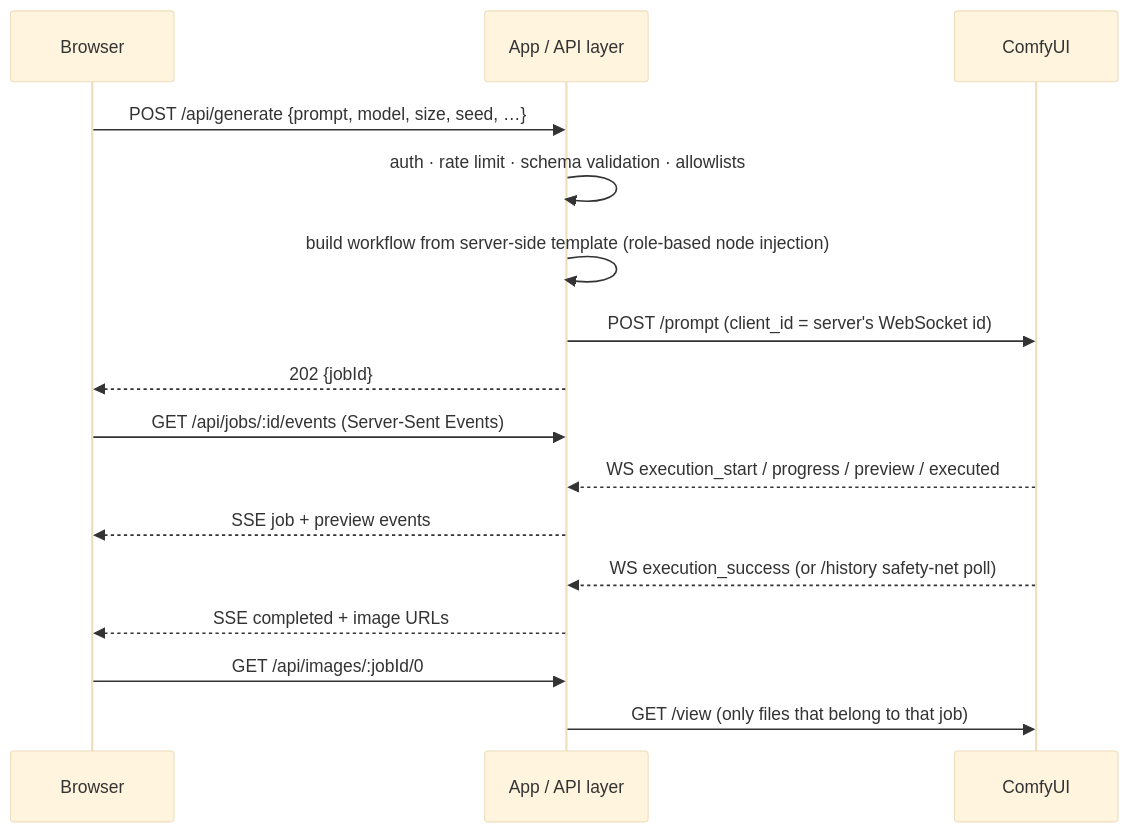
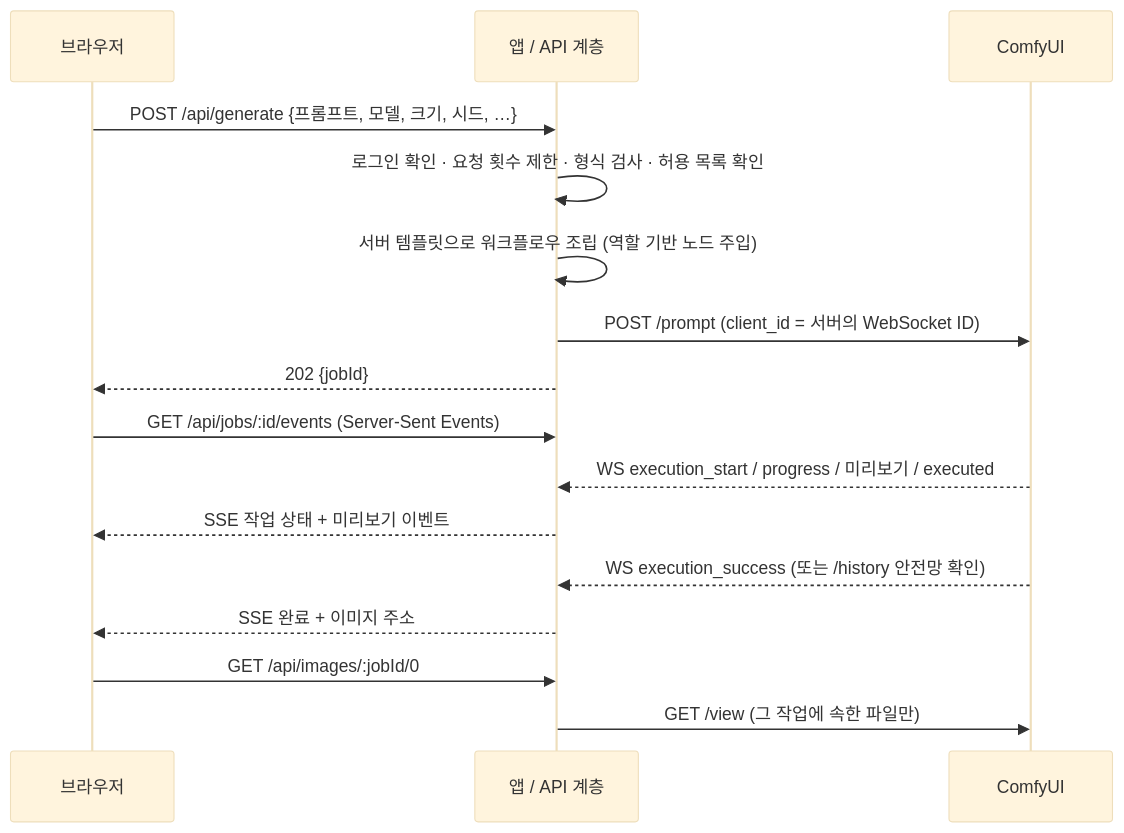
One commit to Bong0524/comfyui-mobile-studio changed the second of 2 diagrams in README.md. Above: the diagram before and after it, drawn with Mermaid (base theme). The commit also changed other lines of this file and 4 other files, not shown here.

````diff
--- a/README.md
+++ b/README.md
@@ -40,18 +42,18 @@
 ```mermaid
 sequenceDiagram
-    participant B as Browser
-    participant A as App / API layer
+    participant B as 브라우저
+    participant A as 앱 / API 계층
     participant C as ComfyUI
-    B->>A: POST /api/generate {prompt, model, size, seed, …}
-    A->>A: auth · rate limit · schema validation · allowlists
-    A->>A: build workflow from server-side template (role-based node injection)
-    A->>C: POST /prompt (client_id = server's WebSocket id)
+    B->>A: POST /api/generate {프롬프트, 모델, 크기, 시드, …}
+    A->>A: 로그인 확인 · 요청 횟수 제한 · 형식 검사 · 허용 목록 확인
+    A->>A: 서버 템플릿으로 워크플로우 조립 (역할 기반 노드 주입)
+    A->>C: POST /prompt (client_id = 서버의 WebSocket ID)
     A-->>B: 202 {jobId}
     B->>A: GET /api/jobs/:id/events (Server-Sent Events)
-    C-->>A: WS execution_start / progress / preview / executed
-    A-->>B: SSE job + preview events
-    C-->>A: WS execution_success (or /history safety-net poll)
-    A-->>B: SSE completed + image URLs
+    C-->>A: WS execution_start / progress / 미리보기 / executed
+    A-->>B: SSE 작업 상태 + 미리보기 이벤트
+    C-->>A: WS execution_success (또는 /history 안전망 확인)
+    A-->>B: SSE 완료 + 이미지 주소
     B->>A: GET /api/images/:jobId/0
-    A->>C: GET /view (only files that belong to that job)
+    A->>C: GET /view (그 작업에 속한 파일만)
 ```
````
